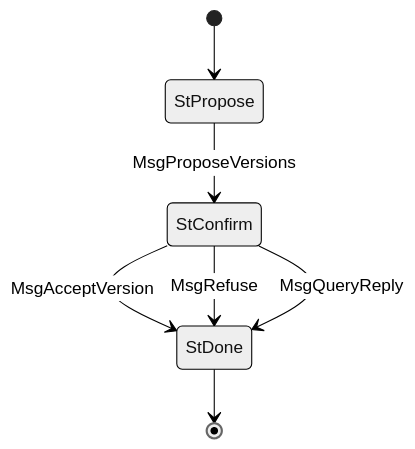
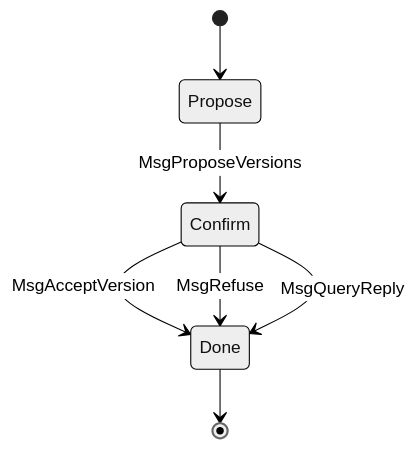
One commit to input-output-hk/ouroboros-leios changed the diagram in net-rs/net-core/src/protocols/handshake/README.md. Above: the diagram before and after it, drawn with Mermaid (neutral theme). The commit also changed other lines of this file and 9 other files, not shown here.

````diff
--- a/net-rs/net-core/src/protocols/handshake/README.md
+++ b/net-rs/net-core/src/protocols/handshake/README.md
@@ -15,9 +15,9 @@
 ```mermaid
 stateDiagram-v2
-    [*] --> StPropose
-    StPropose --> StConfirm : MsgProposeVersions
-    StConfirm --> StDone : MsgAcceptVersion
-    StConfirm --> StDone : MsgRefuse
-    StConfirm --> StDone : MsgQueryReply
-    StDone --> [*]
+    [*] --> Propose
+    Propose --> Confirm : MsgProposeVersions
+    Confirm --> Done : MsgAcceptVersion
+    Confirm --> Done : MsgRefuse
+    Confirm --> Done : MsgQueryReply
+    Done --> [*]
 ```
````
